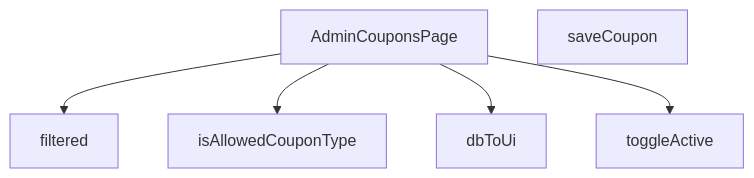
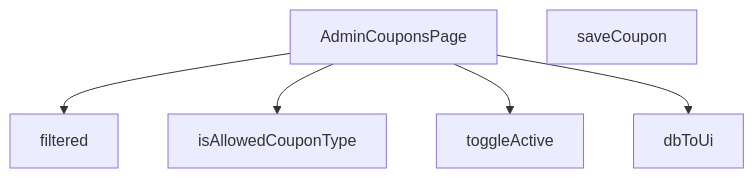
Before and after one commit to peckop/venthub-hvac-esite: the diagram in src/views/admin/AdminCouponsPage.md, drawn with Mermaid. The commit also changed other lines of this file and 113 other files, not shown here.

````diff
--- a/src/views/admin/AdminCouponsPage.md
+++ b/src/views/admin/AdminCouponsPage.md
@@ -261,13 +231,13 @@
 ```mermaid
 graph TD
     AdminCouponsPage_tsx__AdminCouponsPage["AdminCouponsPage"]
     AdminCouponsPage_tsx__dbToUi["dbToUi"]
     AdminCouponsPage_tsx__filtered["filtered"]
     AdminCouponsPage_tsx__isAllowedCouponType["isAllowedCouponType"]
     AdminCouponsPage_tsx__saveCoupon["saveCoupon"]
     AdminCouponsPage_tsx__toggleActive["toggleActive"]
     AdminCouponsPage_tsx__AdminCouponsPage --> AdminCouponsPage_tsx__filtered
     AdminCouponsPage_tsx__AdminCouponsPage --> AdminCouponsPage_tsx__isAllowedCouponType
+    AdminCouponsPage_tsx__AdminCouponsPage --> AdminCouponsPage_tsx__toggleActive
     AdminCouponsPage_tsx__AdminCouponsPage --> AdminCouponsPage_tsx__dbToUi
-    AdminCouponsPage_tsx__AdminCouponsPage --> AdminCouponsPage_tsx__toggleActive
 ```
````
